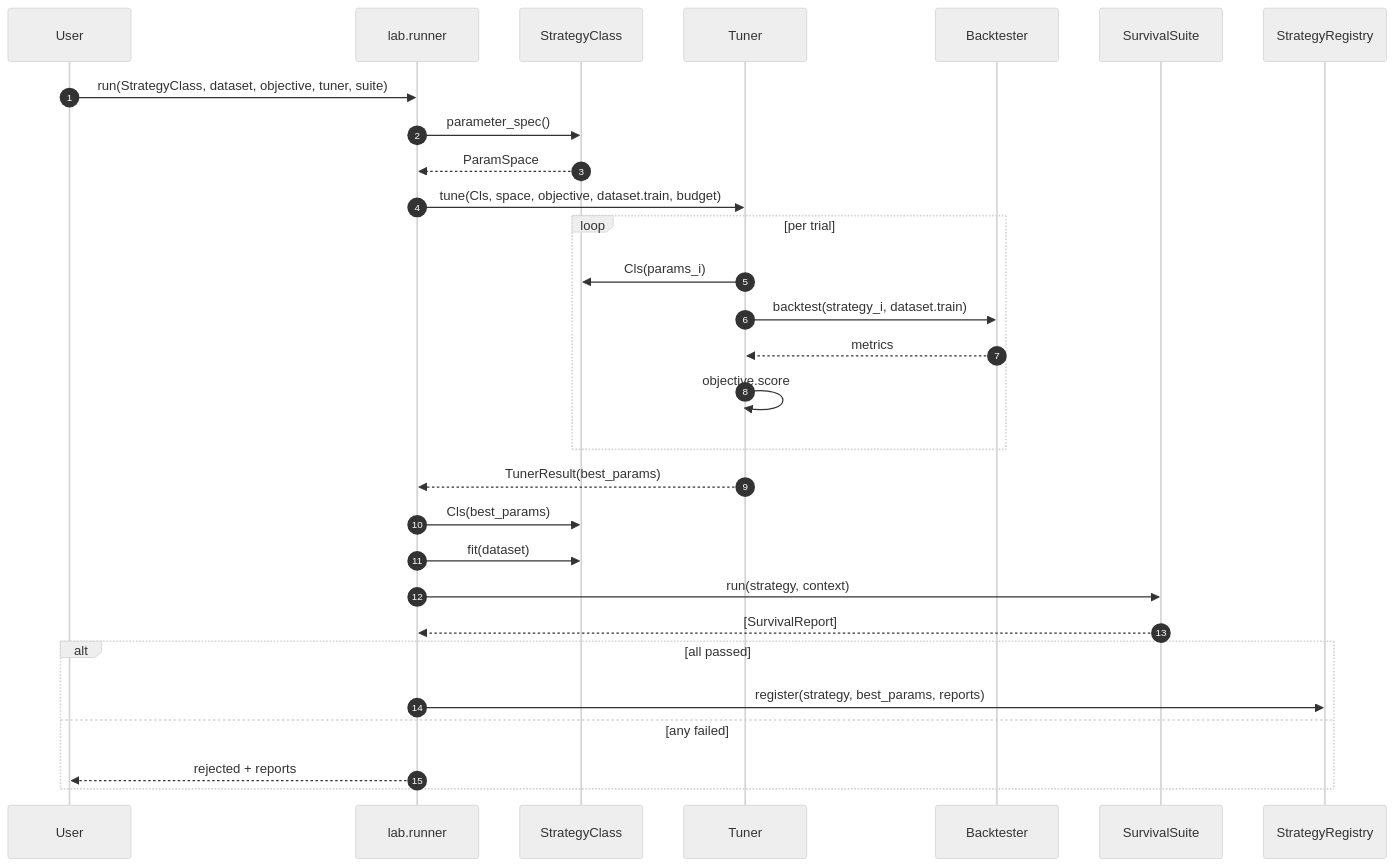
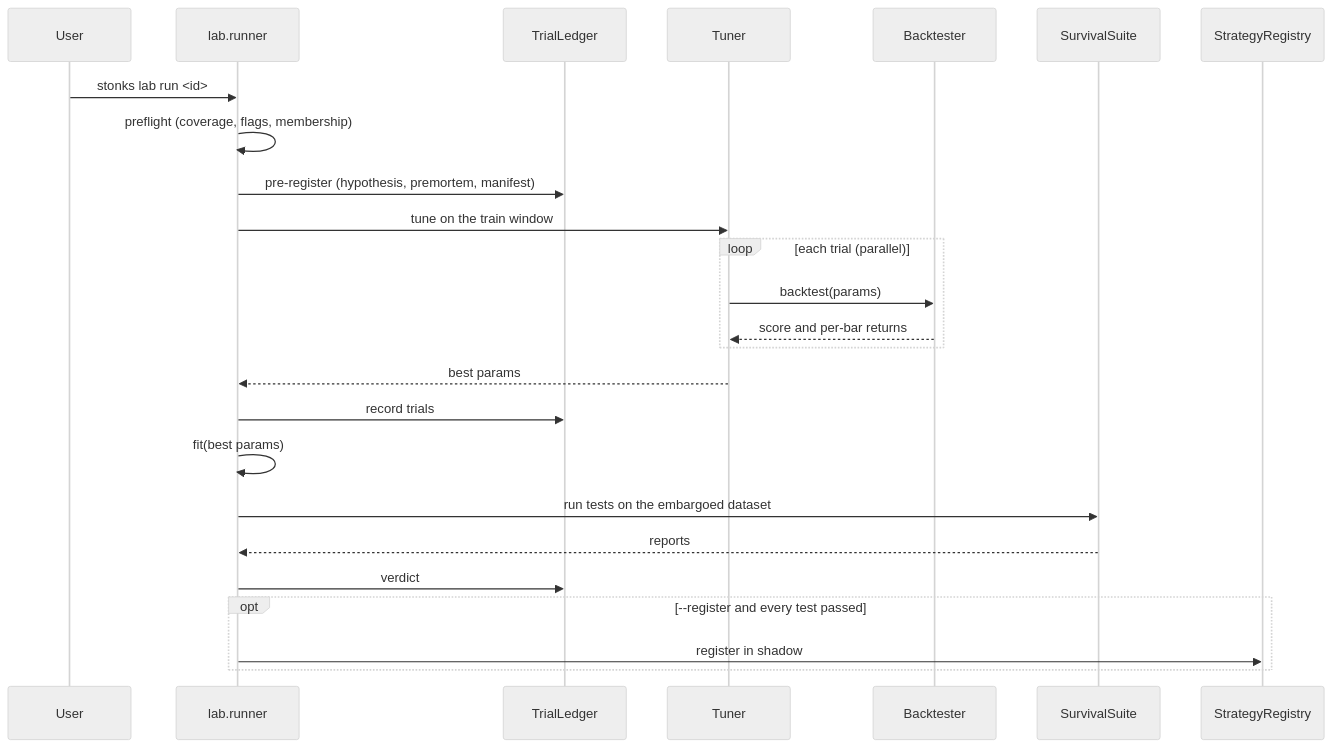
Before and after one commit to sleousis/Stonks: the diagram in docs/blocks/03_strategy_lab.md, drawn with Mermaid (neutral theme). The commit also changed other lines of this file and 346 other files, not shown here.

````diff
--- a/docs/blocks/03_strategy_lab.md
+++ b/docs/blocks/03_strategy_lab.md
@@ -114,32 +96,27 @@
 ```mermaid
 sequenceDiagram
-    autonumber
     participant User
     participant Runner as lab.runner
-    participant Cls as StrategyClass
+    participant Ledger as TrialLedger
     participant Tuner
     participant BT as Backtester
     participant Suite as SurvivalSuite
     participant Reg as StrategyRegistry
-
-    User->>Runner: run(StrategyClass, dataset, objective, tuner, suite)
-    Runner->>Cls: parameter_spec()
-    Cls-->>Runner: ParamSpace
-    Runner->>Tuner: tune(Cls, space, objective, dataset.train, budget)
-    loop per trial
-        Tuner->>Cls: Cls(params_i)
-        Tuner->>BT: backtest(strategy_i, dataset.train)
-        BT-->>Tuner: metrics
-        Tuner->>Tuner: objective.score
+    User->>Runner: stonks lab run <id>
+    Runner->>Runner: preflight (coverage, flags, membership)
+    Runner->>Ledger: pre-register (hypothesis, premortem, manifest)
+    Runner->>Tuner: tune on the train window
+    loop each trial (parallel)
+        Tuner->>BT: backtest(params)
+        BT-->>Tuner: score and per-bar returns
     end
-    Tuner-->>Runner: TunerResult(best_params)
-    Runner->>Cls: Cls(best_params)
-    Runner->>Cls: fit(dataset)
-    Runner->>Suite: run(strategy, context)
-    Suite-->>Runner: [SurvivalReport]
-    alt all passed
-        Runner->>Reg: register(strategy, best_params, reports)
-    else any failed
-        Runner-->>User: rejected + reports
+    Tuner-->>Runner: best params
+    Runner->>Ledger: record trials
+    Runner->>Runner: fit(best params)
+    Runner->>Suite: run tests on the embargoed dataset
+    Suite-->>Runner: reports
+    Runner->>Ledger: verdict
+    opt --register and every test passed
+        Runner->>Reg: register in shadow
     end
 ```
````
